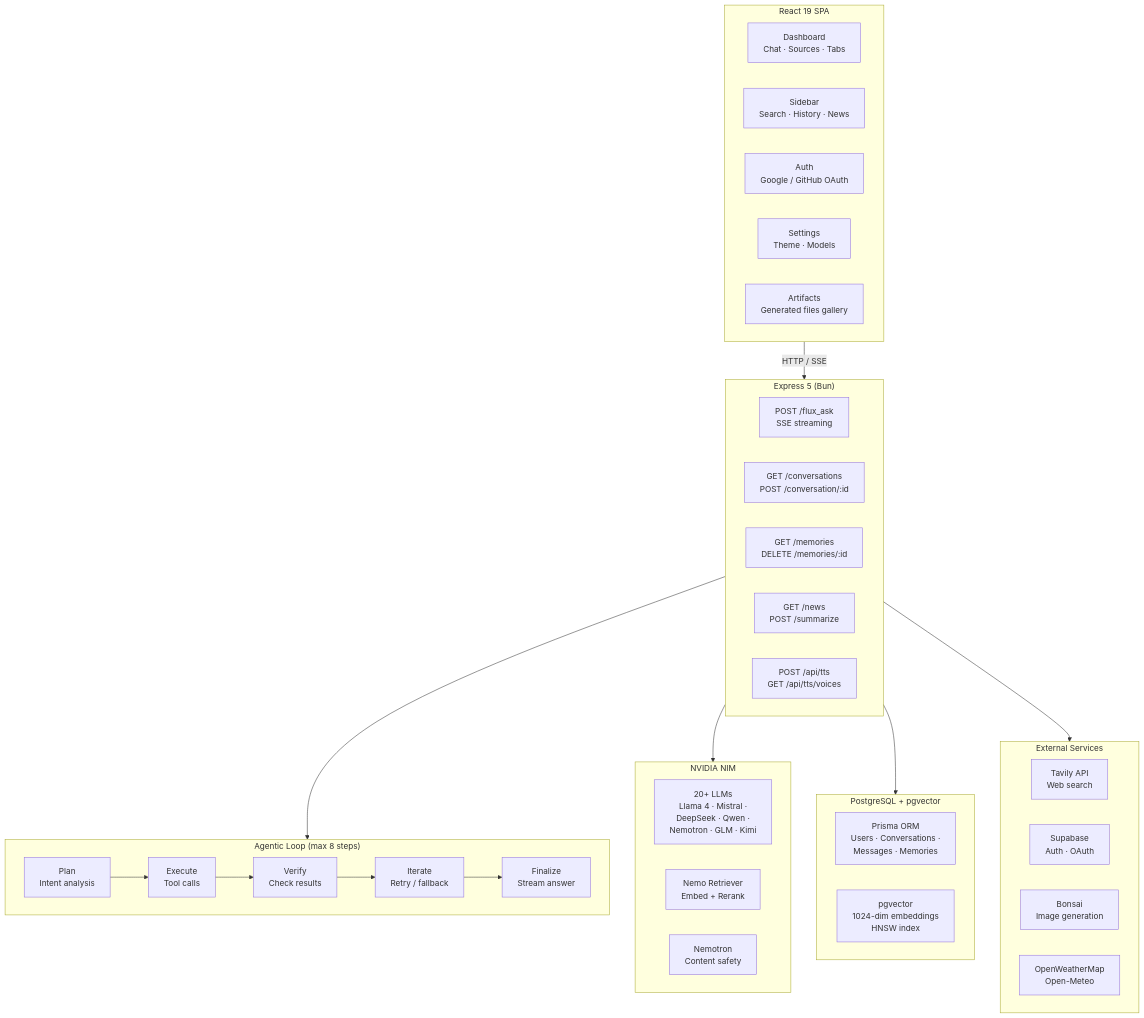
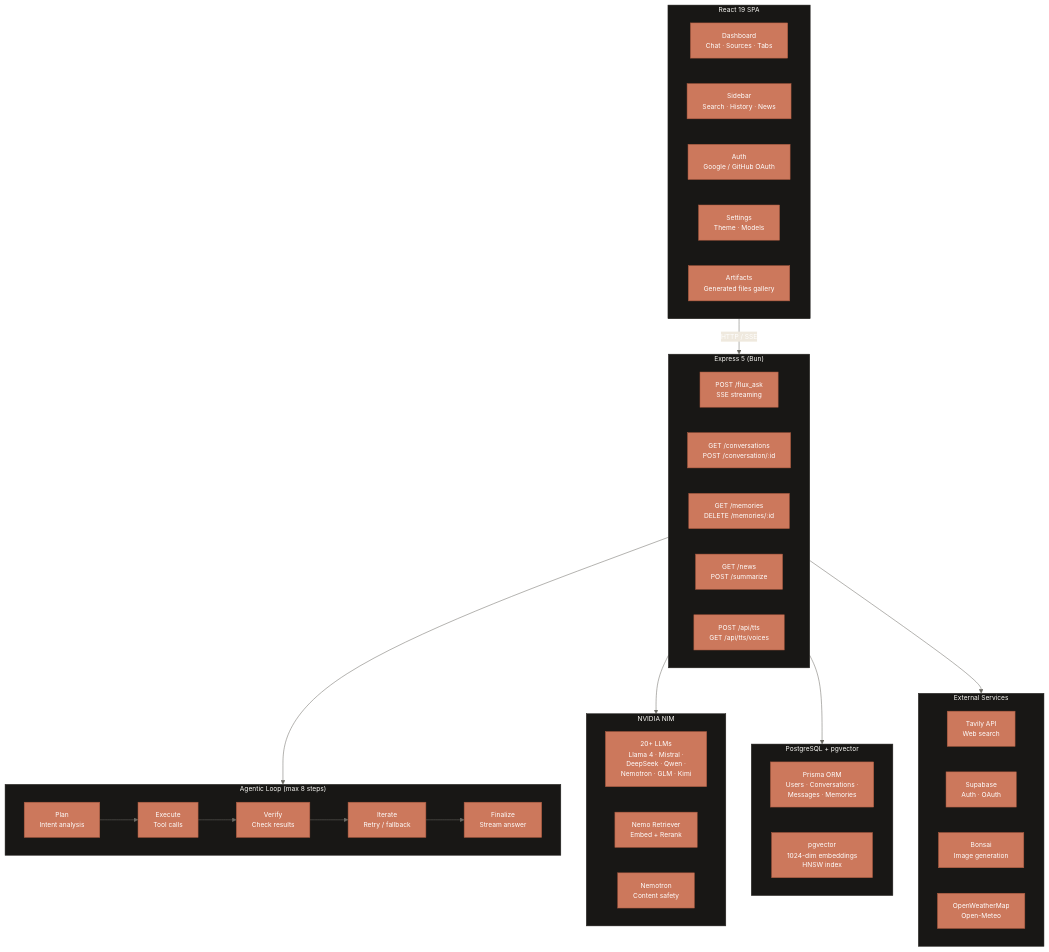
One commit to shounakjoshi88-a11y/Flux changed the first of 2 diagrams in README.md. Above: the diagram before and after it, drawn with Mermaid. The commit also changed other lines of this file, not shown here.

Commit message:
add Flux brand colors to mermaid diagrams (cream #faf9f5, coral #cc785c, dark navy #181715)

````diff
--- a/README.md
+++ b/README.md
@@ -346,50 +346,68 @@
 ```mermaid
+%%{init: {
+  'theme': 'base',
+  'themeVariables': {
+    'background': '#faf9f5',
+    'primaryColor': '#cc785c',
+    'primaryBorderColor': '#a9583e',
+    'primaryTextColor': '#ffffff',
+    'secondaryColor': '#efe9de',
+    'secondaryBorderColor': '#e6dfd8',
+    'secondaryTextColor': '#141413',
+    'tertiaryColor': '#181715',
+    'tertiaryBorderColor': '#252320',
+    'tertiaryTextColor': '#faf9f5',
+    'lineColor': '#6c6a64',
+    'fontFamily': 'Inter, sans-serif',
+    'fontSize': '13px'
+  }
+}}%%
 flowchart TB
     subgraph frontend["React 19 SPA"]
         Dashboard["Dashboard<br/>Chat · Sources · Tabs"]
         Sidebar["Sidebar<br/>Search · History · News"]
         Auth["Auth<br/>Google / GitHub OAuth"]
         Settings["Settings<br/>Theme · Models"]
         Artifacts["Artifacts<br/>Generated files gallery"]
     end
 
     subgraph backend["Express 5 (Bun)"]
         FluxAsk["POST /flux_ask<br/>SSE streaming"]
         Conv["GET /conversations<br/>POST /conversation/:id"]
         Memory["GET /memories<br/>DELETE /memories/:id"]
         News["GET /news<br/>POST /summarize"]
         Voice["POST /api/tts<br/>GET /api/tts/voices"]
     end
 
     subgraph agentic["Agentic Loop (max 8 steps)"]
         direction LR
         Plan["Plan<br/>Intent analysis"] --> Execute["Execute<br/>Tool calls"]
         Execute --> Verify["Verify<br/>Check results"]
         Verify --> Iterate["Iterate<br/>Retry / fallback"]
         Iterate --> Finalize["Finalize<br/>Stream answer"]
     end
 
     subgraph nim["NVIDIA NIM"]
         LLM["20+ LLMs<br/>Llama 4 · Mistral ·<br/>DeepSeek · Qwen ·<br/>Nemotron · GLM · Kimi"]
         RAG["Nemo Retriever<br/>Embed + Rerank"]
         Safety["Nemotron<br/>Content safety"]
     end
 
     subgraph storage["PostgreSQL + pgvector"]
         PrismaDB["Prisma ORM<br/>Users · Conversations ·<br/>Messages · Memories"]
         Vector["pgvector<br/>1024-dim embeddings<br/>HNSW index"]
     end
 
     subgraph services["External Services"]
         Tavily["Tavily API<br/>Web search"]
         Supabase["Supabase<br/>Auth · OAuth"]
         Bonsai["Bonsai<br/>Image generation"]
         Weather["OpenWeatherMap<br/>Open-Meteo"]
     end
 
     frontend -->|"HTTP / SSE"| backend
     backend --> agentic
     backend --> nim
     backend --> storage
     backend --> services
 ```
````
